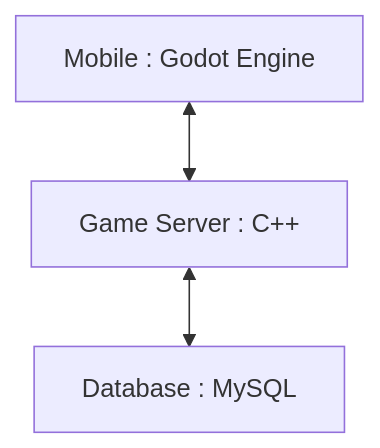
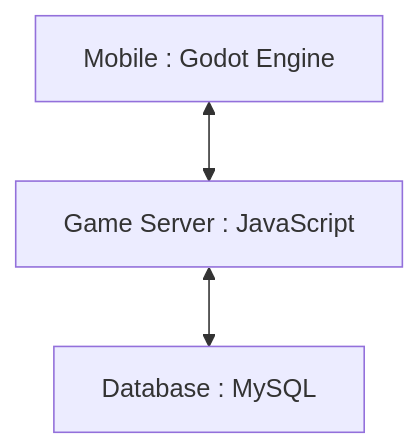
Before and after one commit to Daapputra/ProjekUTS: the second of 2 diagrams in Kibo The Explorer.md, drawn with Mermaid. The commit also changed other lines of this file, not shown here.

````diff
--- a/Kibo The Explorer.md
+++ b/Kibo The Explorer.md
@@ -166,6 +155,6 @@
 ```mermaid
 flowchart TD
-    A[Mobile : Godot Engine] <-->   B[Game Server : C++] 
+    A[Mobile : Godot Engine] <-->   B[Game Server : JavaScript] 
     B <--> C[Database : MySQL]
 
 ```
````
